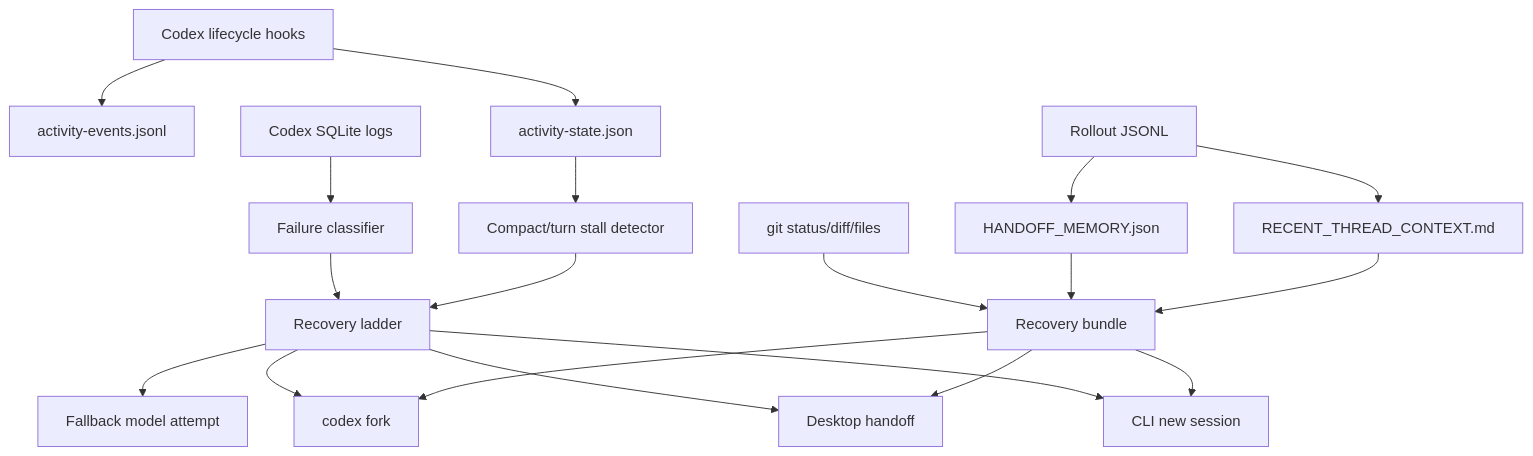
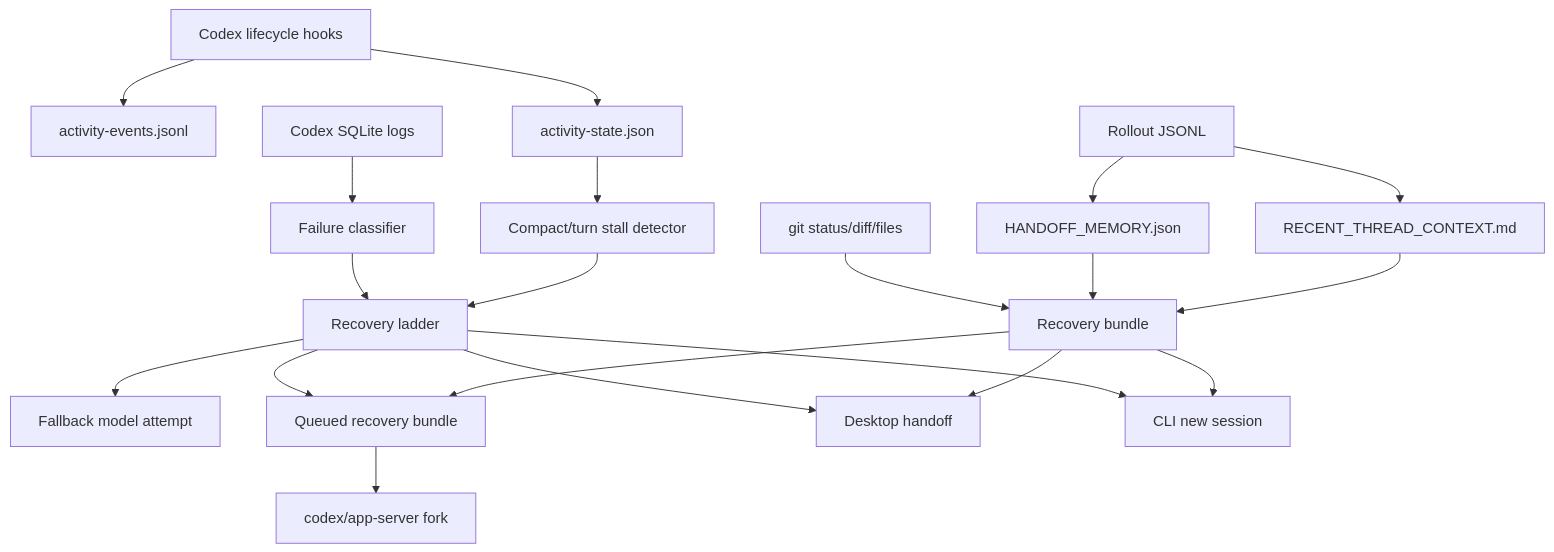
One commit to guorunjie/codex-context-guardian changed the diagram in docs/architecture.md. Above: the diagram before and after it, drawn with Mermaid. The commit also changed other lines of this file and 20 other files, not shown here.

````diff
--- a/docs/architecture.md
+++ b/docs/architecture.md
@@ -7,21 +7,22 @@
 ```mermaid
 flowchart TD
   A["Codex lifecycle hooks"] --> B["activity-events.jsonl"]
   A --> C["activity-state.json"]
   D["Codex SQLite logs"] --> E["Failure classifier"]
   C --> F["Compact/turn stall detector"]
   E --> G["Recovery ladder"]
   F --> G
   G --> H["Fallback model attempt"]
-  G --> I["codex fork"]
+  G --> Q["Queued recovery bundle"]
+  Q --> I["codex/app-server fork"]
   G --> J["Desktop handoff"]
   G --> K["CLI new session"]
   L["Rollout JSONL"] --> M["HANDOFF_MEMORY.json"]
   L --> N["RECENT_THREAD_CONTEXT.md"]
   O["git status/diff/files"] --> P["Recovery bundle"]
   M --> P
   N --> P
-  P --> I
+  P --> Q
   P --> J
   P --> K
 ```
````
